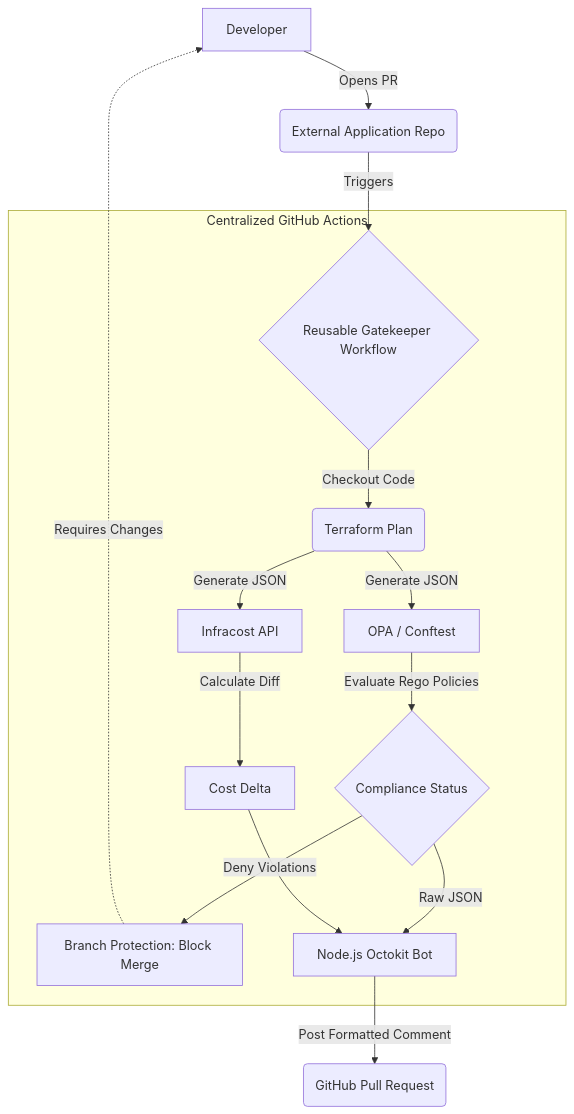
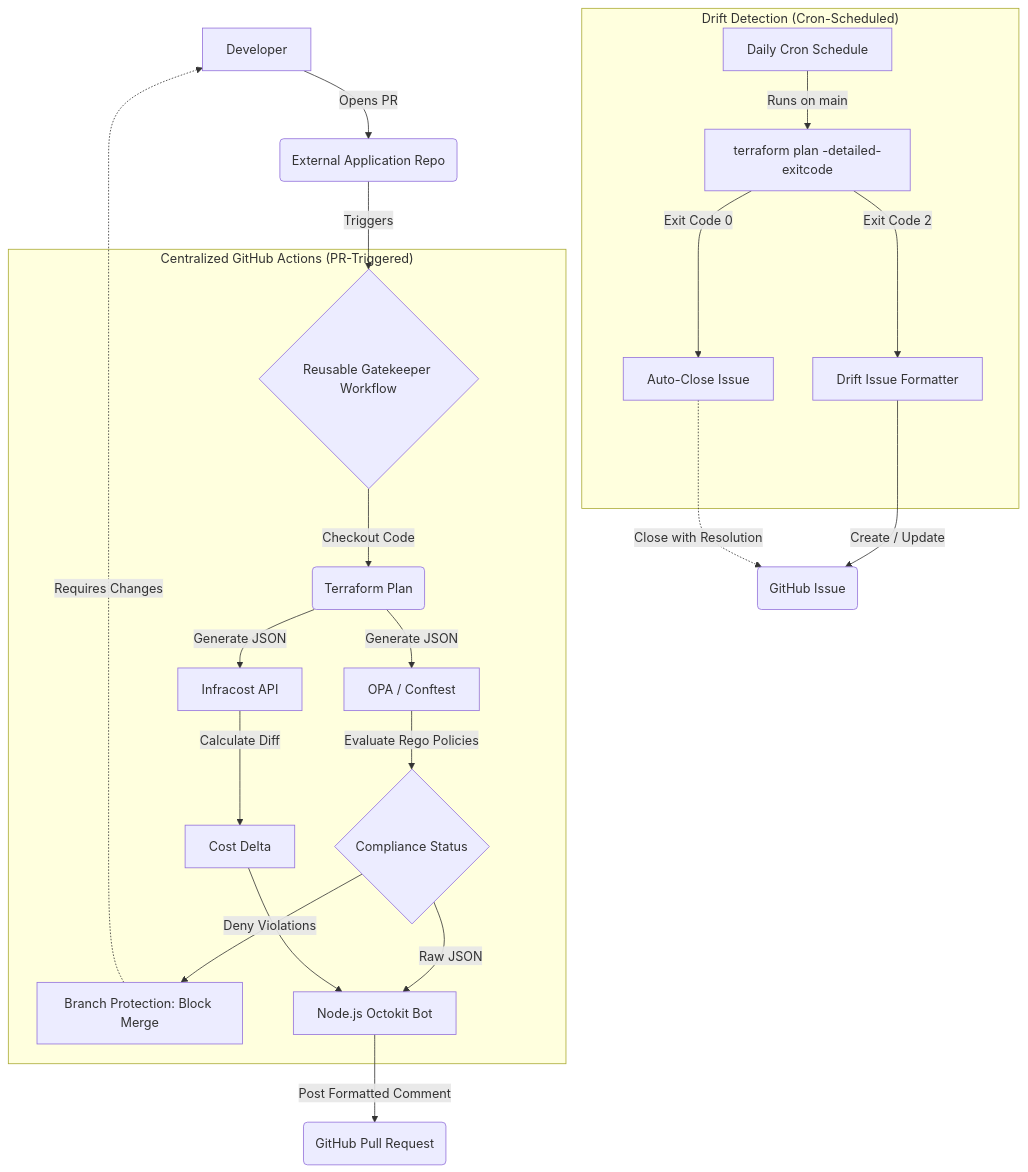
One commit to SatyamJadhav007/PaC-Gatekeeper-Terraform changed the diagram in README.md. Above: the diagram before and after it, drawn with Mermaid. The commit also changed other lines of this file and 2 other files, not shown here.

Commit message:
Add automated drift detection with GitHub Issue alerting

````diff
--- a/README.md
+++ b/README.md
@@ -50,23 +56,32 @@
 ```mermaid
 graph TD
     Dev[Developer] -->|Opens PR| CallerRepo(External Application Repo)
     CallerRepo -->|Triggers| ReusableWF{Reusable Gatekeeper Workflow}
     
-    subgraph CI [Centralized GitHub Actions]
+    subgraph CI ["Centralized GitHub Actions (PR-Triggered)"]
         ReusableWF -->|Checkout Code| TFPlan(Terraform Plan)
         
         TFPlan -->|Generate JSON| OPA[OPA / Conftest]
         TFPlan -->|Generate JSON| Infracost[Infracost API]
         
         OPA -->|Evaluate Rego Policies| Results{Compliance Status}
         Infracost -->|Calculate Diff| Cost[Cost Delta]
         
         Results -->|Deny Violations| Block[Branch Protection: Block Merge]
         Results -->|Raw JSON| Bot[Node.js Octokit Bot]
         
         Cost --> Bot
     end
     
     Bot -->|Post Formatted Comment| PR(GitHub Pull Request)
     Block -.->|Requires Changes| Dev
+
+    subgraph Drift ["Drift Detection (Cron-Scheduled)"]
+        Cron[Daily Cron Schedule] -->|Runs on main| DriftPlan["terraform plan -detailed-exitcode"]
+        DriftPlan -->|Exit Code 2| DriftBot[Drift Issue Formatter]
+        DriftPlan -->|Exit Code 0| AutoClose[Auto-Close Issue]
+    end
+
+    DriftBot -->|Create / Update| Issue(GitHub Issue)
+    AutoClose -.->|Close with Resolution| Issue
 ```
````
